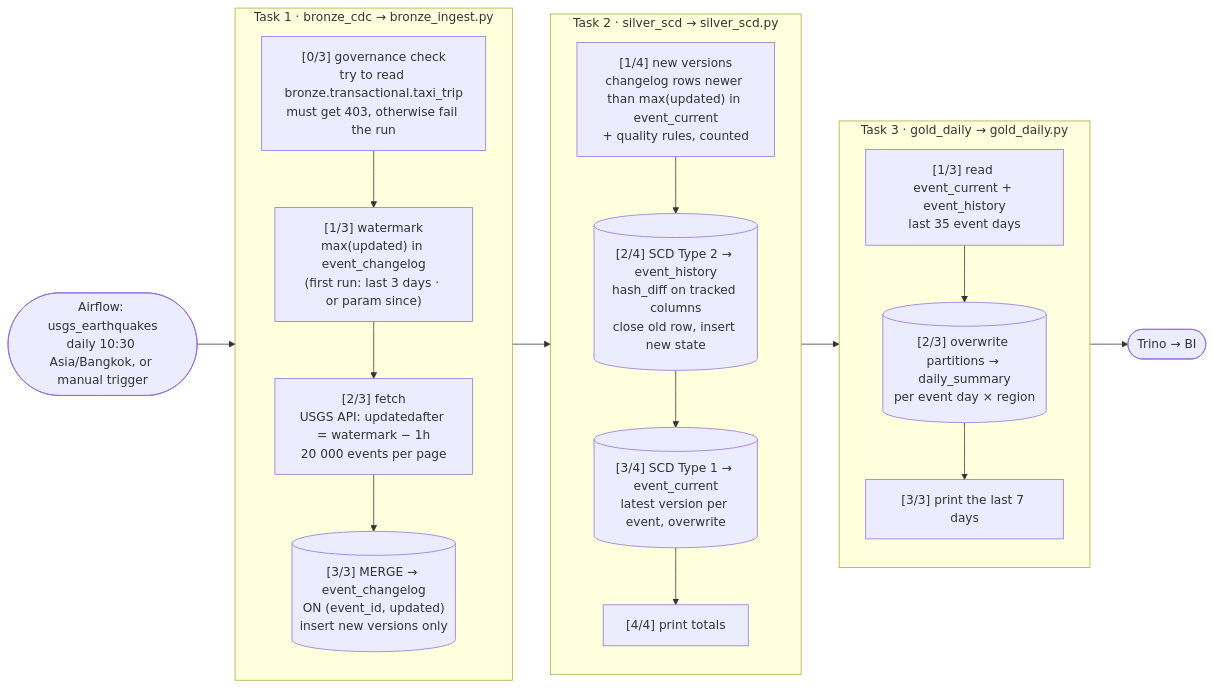
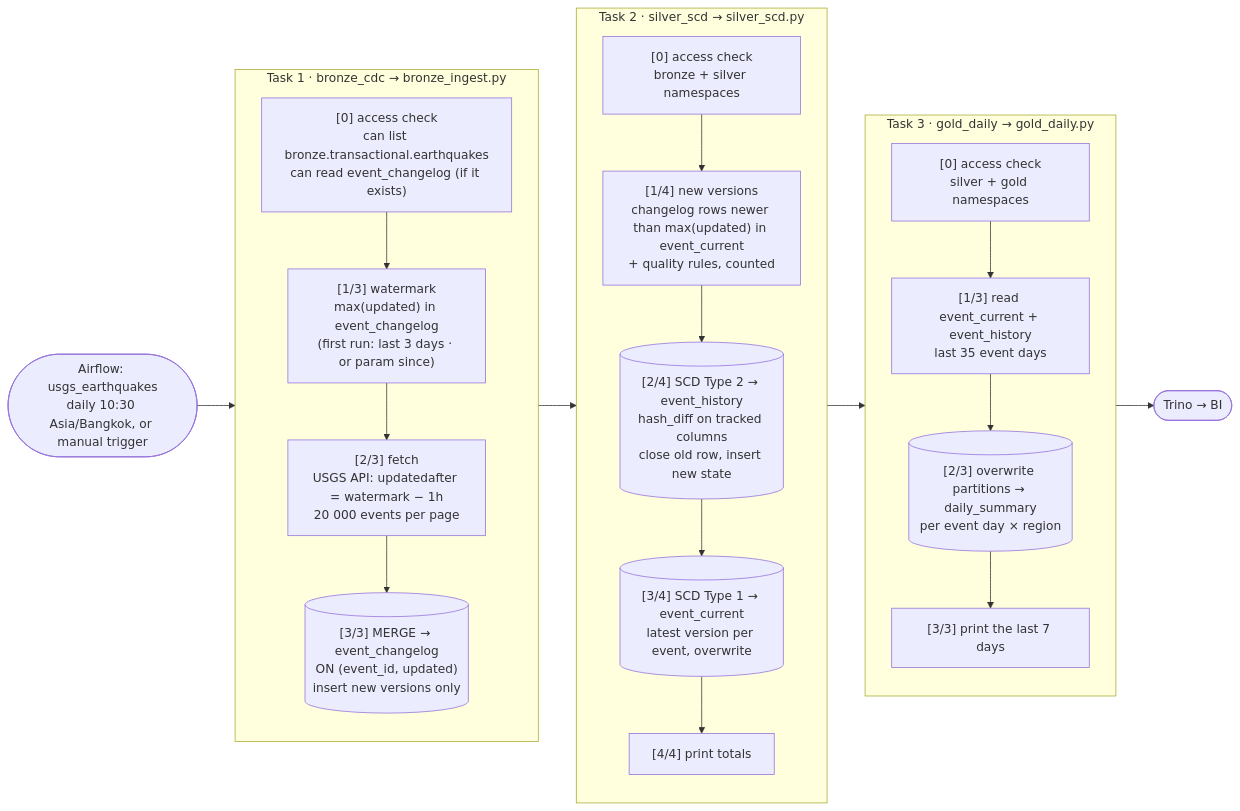
Before and after one commit to nopega/ice-berg-data-pipeline: the first of 4 diagrams in pipelines/earthquakes/README.md, drawn with Mermaid. The commit also changed other lines of this file and 4 other files, not shown here.

Commit message:
feat(earthquakes): access check of the tables each job uses; docs

````diff
--- a/pipelines/earthquakes/README.md
+++ b/pipelines/earthquakes/README.md
@@ -27,35 +27,37 @@
 ```mermaid
 flowchart LR
     TR(["Airflow: usgs_earthquakes<br/>daily 10:30 Asia/Bangkok, or manual trigger"])
 
     subgraph T1["Task 1 · bronze_cdc → bronze_ingest.py"]
         direction TB
-        B0["[0/3] governance check<br/>try to read bronze.transactional.taxi_trip<br/>must get 403, otherwise fail the run"]
+        B0["[0] access check<br/>can list bronze.transactional.earthquakes<br/>can read event_changelog (if it exists)"]
         B1["[1/3] watermark<br/>max(updated) in event_changelog<br/>(first run: last 3 days · or param since)"]
         B2["[2/3] fetch<br/>USGS API: updatedafter = watermark − 1h<br/>20 000 events per page"]
         B3[("[3/3] MERGE → event_changelog<br/>ON (event_id, updated)<br/>insert new versions only")]
         B0 --> B1 --> B2 --> B3
     end
 
     subgraph T2["Task 2 · silver_scd → silver_scd.py"]
         direction TB
+        S0["[0] access check<br/>bronze + silver namespaces"]
         S1["[1/4] new versions<br/>changelog rows newer than max(updated) in event_current<br/>+ quality rules, counted"]
         S2[("[2/4] SCD Type 2 → event_history<br/>hash_diff on tracked columns<br/>close old row, insert new state")]
         S3[("[3/4] SCD Type 1 → event_current<br/>latest version per event, overwrite")]
         S4["[4/4] print totals"]
-        S1 --> S2 --> S3 --> S4
+        S0 --> S1 --> S2 --> S3 --> S4
     end
 
     subgraph T3["Task 3 · gold_daily → gold_daily.py"]
         direction TB
+        G0["[0] access check<br/>silver + gold namespaces"]
         G1["[1/3] read event_current + event_history<br/>last 35 event days"]
         G2[("[2/3] overwrite partitions → daily_summary<br/>per event day × region")]
         G3["[3/3] print the last 7 days"]
-        G1 --> G2 --> G3
+        G0 --> G1 --> G2 --> G3
     end
 
     TR --> B0
-    B3 --> S1
-    S4 --> G1
+    B3 --> S0
+    S4 --> G0
     G3 --> BI(["Trino → BI"])
 ```
````
